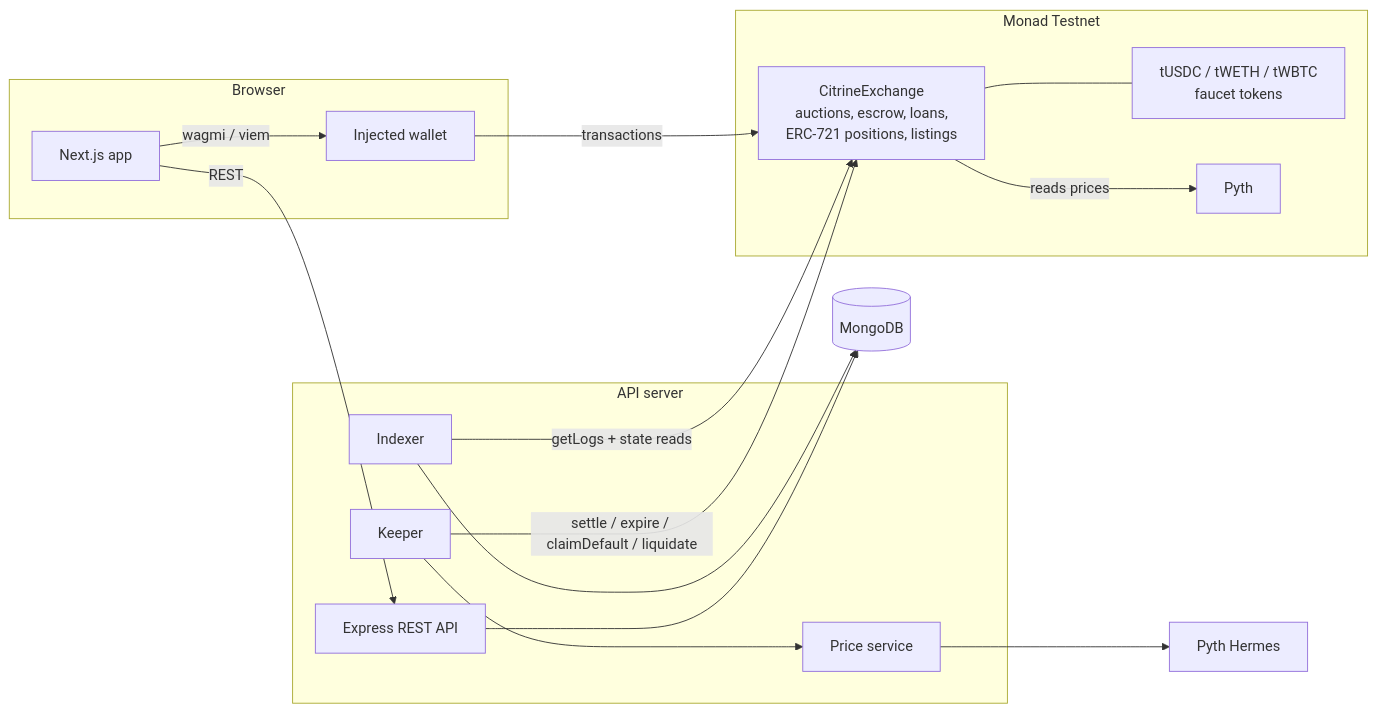
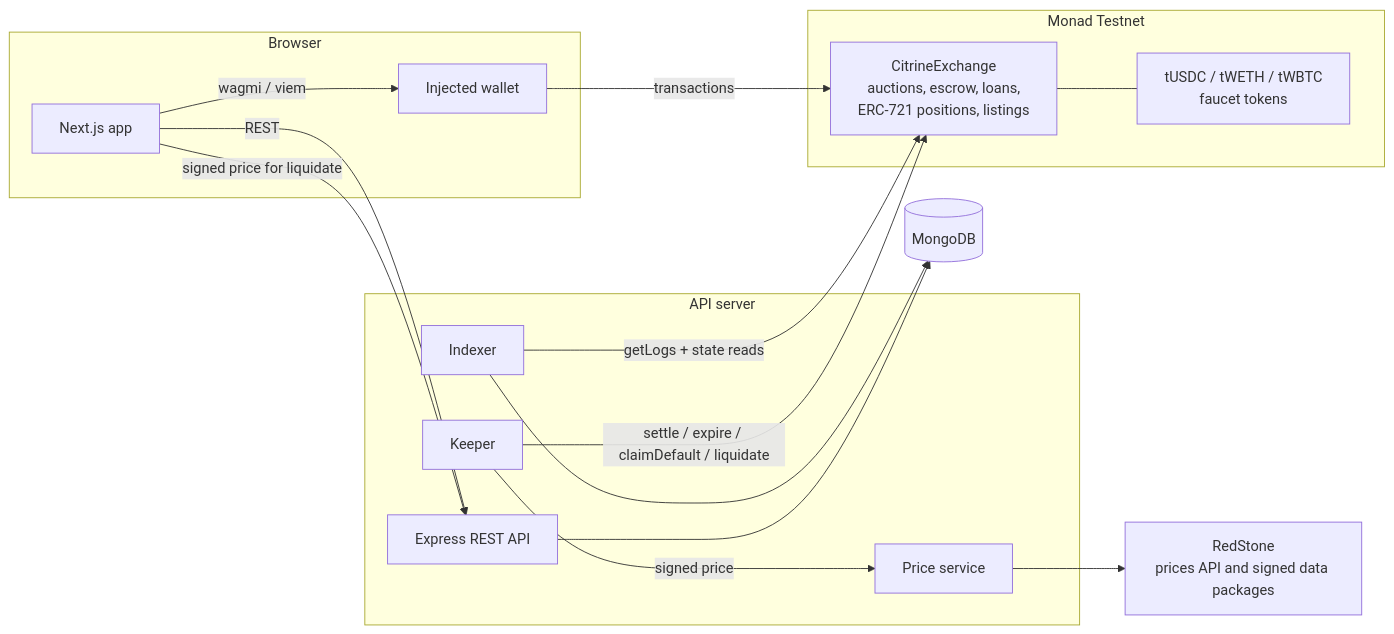
The diagram in README.md (Gnanesh09/Monad-Credit-Exchange), drawn with Mermaid before and after one commit. The commit also changed other lines of this file and 173 other files, not shown here.

````diff
--- a/README.md
+++ b/README.md
@@ -46,31 +46,30 @@
 ```mermaid
 flowchart LR
   subgraph Browser
     UI[Next.js app]
     Wallet[Injected wallet]
   end
   subgraph Monad[Monad Testnet]
     EX[CitrineExchange<br/>auctions, escrow, loans,<br/>ERC-721 positions, listings]
     T[tUSDC / tWETH / tWBTC<br/>faucet tokens]
-    PY[Pyth]
   end
   subgraph Server[API server]
     API[Express REST API]
     IDX[Indexer]
     KEEP[Keeper]
     PRICE[Price service]
   end
   DB[(MongoDB)]
-  HERMES[Pyth Hermes]
+  RS[RedStone<br/>prices API and signed data packages]
 
   UI -- REST --> API
   UI -- wagmi / viem --> Wallet -- transactions --> EX
   EX --- T
-  EX -- reads prices --> PY
   IDX -- getLogs + state reads --> EX
   IDX --> DB
   API --> DB
   KEEP -- settle / expire / claimDefault / liquidate --> EX
-  PRICE --> HERMES
-  KEEP --> PRICE
+  PRICE --> RS
+  KEEP -- signed price --> PRICE
+  UI -- signed price for liquidate --> API
 ```
````
